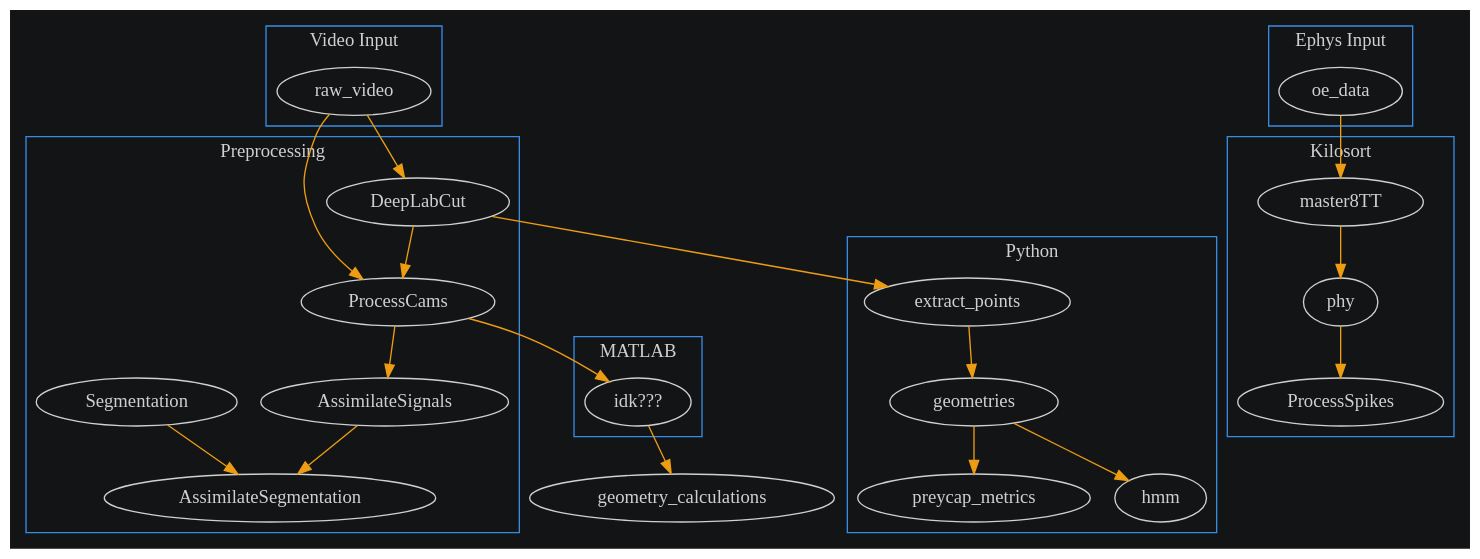
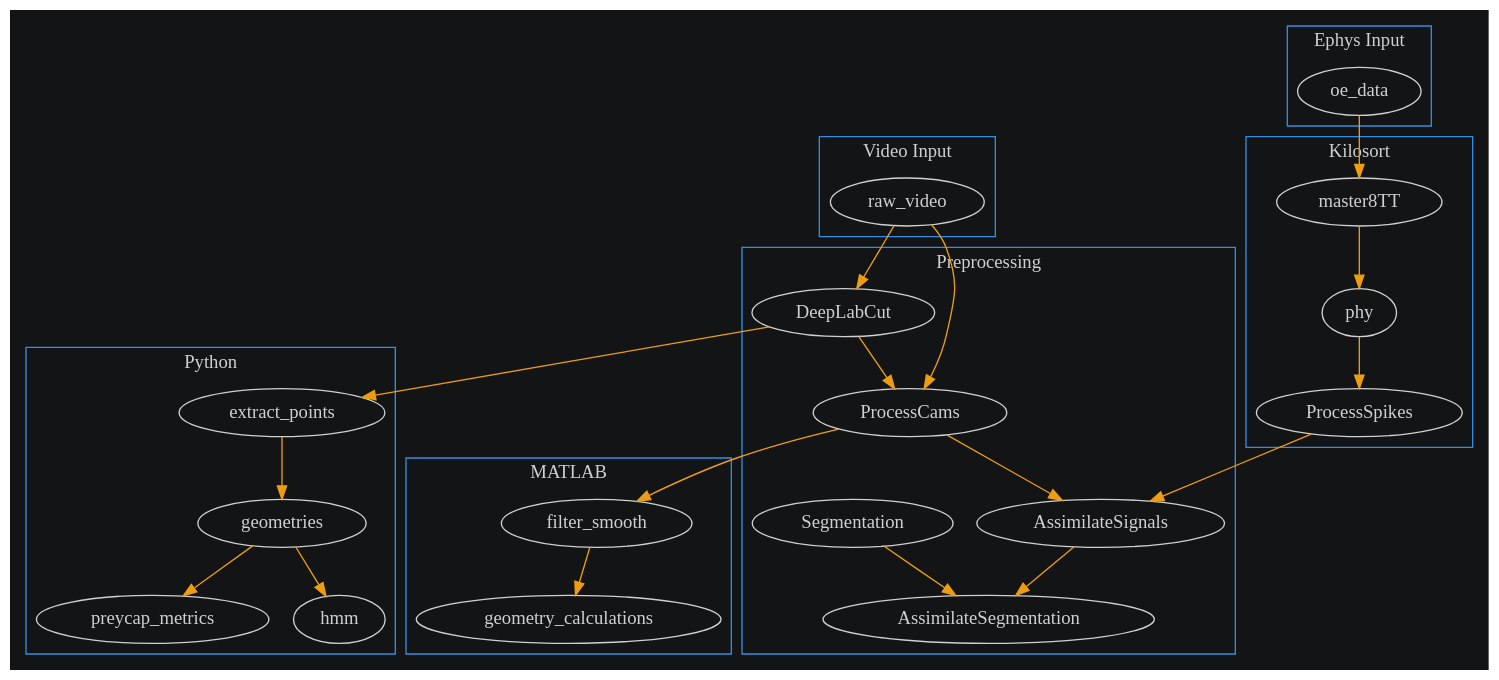
Before and after one commit to wehr-lab/labtools: the diagram in docs/projects/preycapture/analysis/index.md, drawn with Graphviz.

Commit message:
matlab pathway

````diff
--- a/docs/projects/preycapture/analysis/index.md
+++ b/docs/projects/preycapture/analysis/index.md
@@ -3,68 +3,70 @@
 ```{graphviz}
 digraph {
   bgcolor="#131416"
   fontcolor="#ffffffcc"
   color="#368ce2"
   node [color="#d0d0d0", fontcolor="#d0d0d0"]
   edge [color="#ed9d13"]
 
   subgraph cluster_videoinput {
       label = "Video Input"
       raw_video
   }
 
   subgraph cluster_ephys {
       label = "Ephys Input"
       oe_data
   }
 
   subgraph cluster_preprocessing {
       label = "Preprocessing"
       dlc_python[label="DeepLabCut"]
       ProcessCams
       AssimilateSignals
       Segmentation
       AssimilateSegmentation
   }
 
   subgraph cluster_python {
       label="Python"
       extract_points
       geometries
       preycap_metrics
       hmm
   }
 
   subgraph cluster_matlab {
       label="MATLAB"
-      idk[label="idk???"]
-
+      filter_smooth
+      geometry_calculations
   }
 
       subgraph cluster_kilosort {
         label = "Kilosort"
         master8TT
         phy
         ProcessSpikes
     }
 
   raw_video -> dlc_python
   raw_video -> ProcessCams
   dlc_python -> ProcessCams
   ProcessCams -> AssimilateSignals
   Segmentation -> AssimilateSegmentation
   AssimilateSignals -> AssimilateSegmentation
 
   dlc_python -> extract_points
   extract_points -> geometries
   geometries -> preycap_metrics
   geometries -> hmm
 
-  ProcessCams -> idk
-  idk -> geometry_calculations
+  ProcessCams -> filter_smooth
+  filter_smooth -> geometry_calculations
 
   oe_data -> master8TT
   master8TT -> phy
   phy ->ProcessSpikes
+
+  ProcessSpikes -> AssimilateSignals
 }
 ```
````
